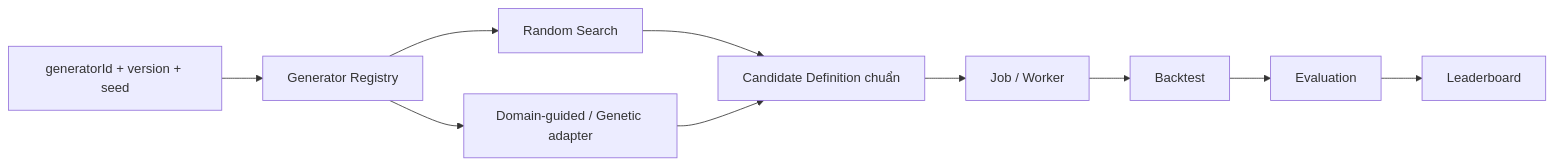
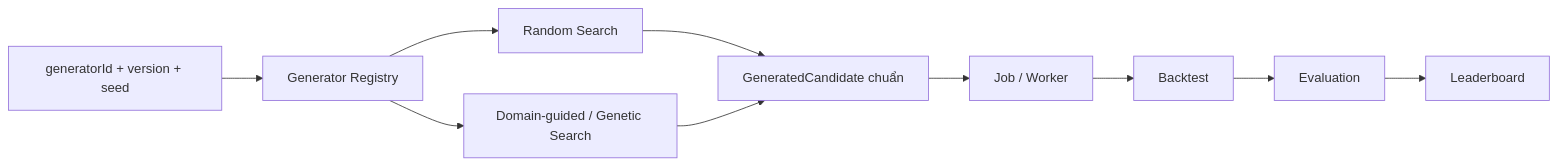
The diagram in docs/questions/5_replace_search_algorithm/answer.md (PhamVanMinhBinhThuan/crypto-strategy-platform), drawn with Mermaid before and after one commit. The commit also changed other lines of this file and 3 other files, not shown here.

````diff
--- a/docs/questions/5_replace_search_algorithm/answer.md
+++ b/docs/questions/5_replace_search_algorithm/answer.md
@@ -9,9 +16,9 @@
 ```mermaid
 flowchart LR
     CONFIG["generatorId + version + seed"] --> REG["Generator Registry"]
     REG --> RANDOM["Random Search"]
-    REG --> NEW["Domain-guided / Genetic adapter"]
-    RANDOM --> CAND["Candidate Definition chuẩn"]
+    REG --> NEW["Domain-guided / Genetic Search"]
+    RANDOM --> CAND["GeneratedCandidate chuẩn"]
     NEW --> CAND
     CAND --> JOB["Job / Worker"] --> BT["Backtest"] --> EV["Evaluation"] --> LB["Leaderboard"]
 ```
````
